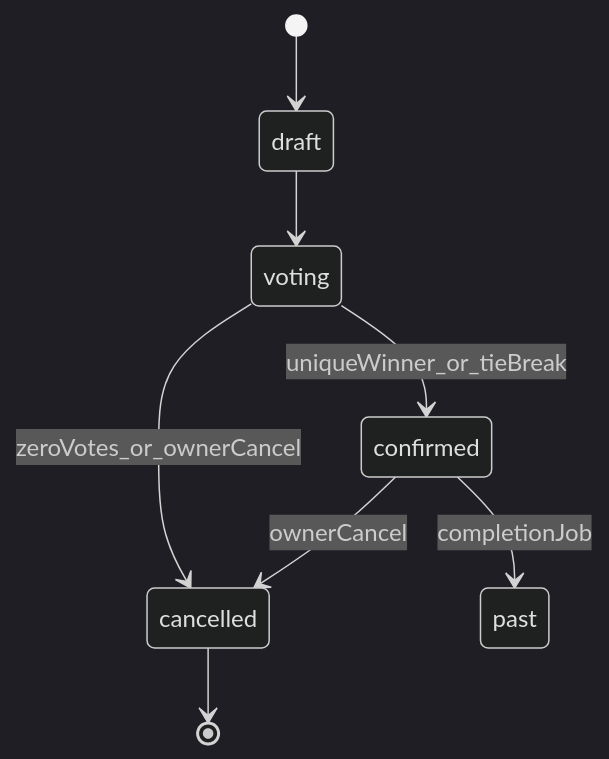
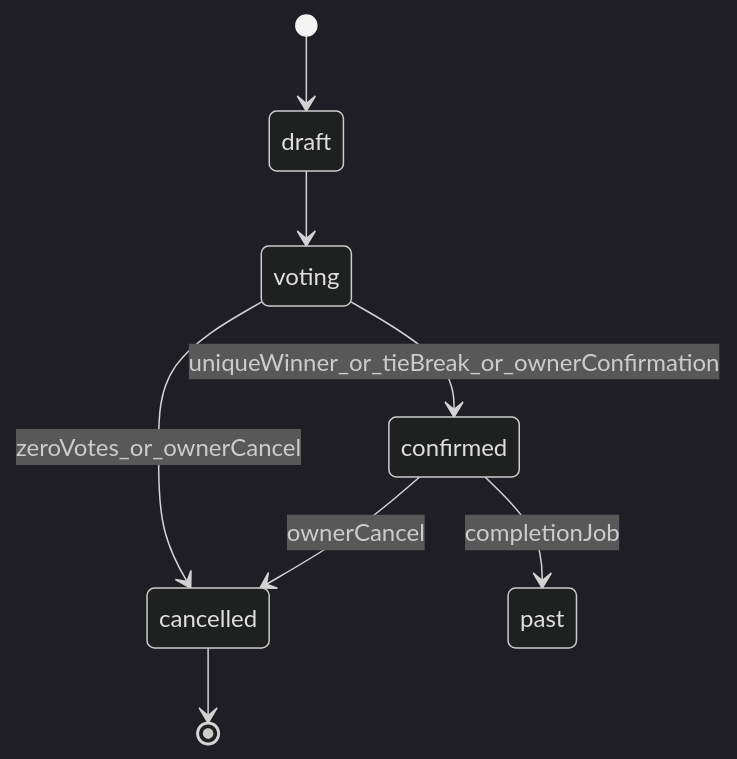
The second of 2 diagrams in docs/PRODUCT_SCENARIOS.md (MohamedMSalah/yalla5roga), drawn with Mermaid (dark theme) before and after one commit. The commit also changed other lines of this file and 349 other files, not shown here.

````diff
--- a/docs/PRODUCT_SCENARIOS.md
+++ b/docs/PRODUCT_SCENARIOS.md
@@ -86,10 +92,10 @@
 ```mermaid
 stateDiagram-v2
   [*] --> draft
   draft --> voting
-  voting --> confirmed: uniqueWinner_or_tieBreak
+  voting --> confirmed: uniqueWinner_or_tieBreak_or_ownerConfirmation
   voting --> cancelled: zeroVotes_or_ownerCancel
   confirmed --> past: completionJob
   confirmed --> cancelled: ownerCancel
   cancelled --> [*]
 ```
````
